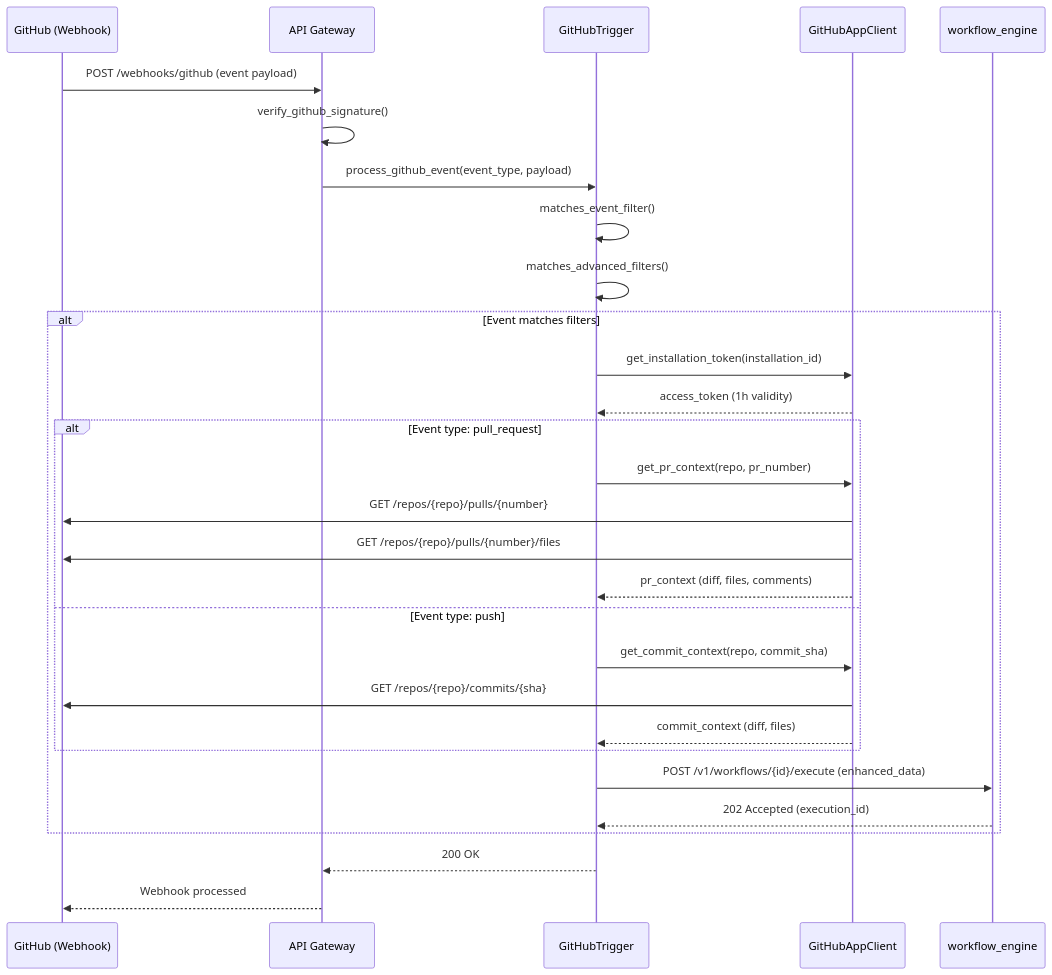
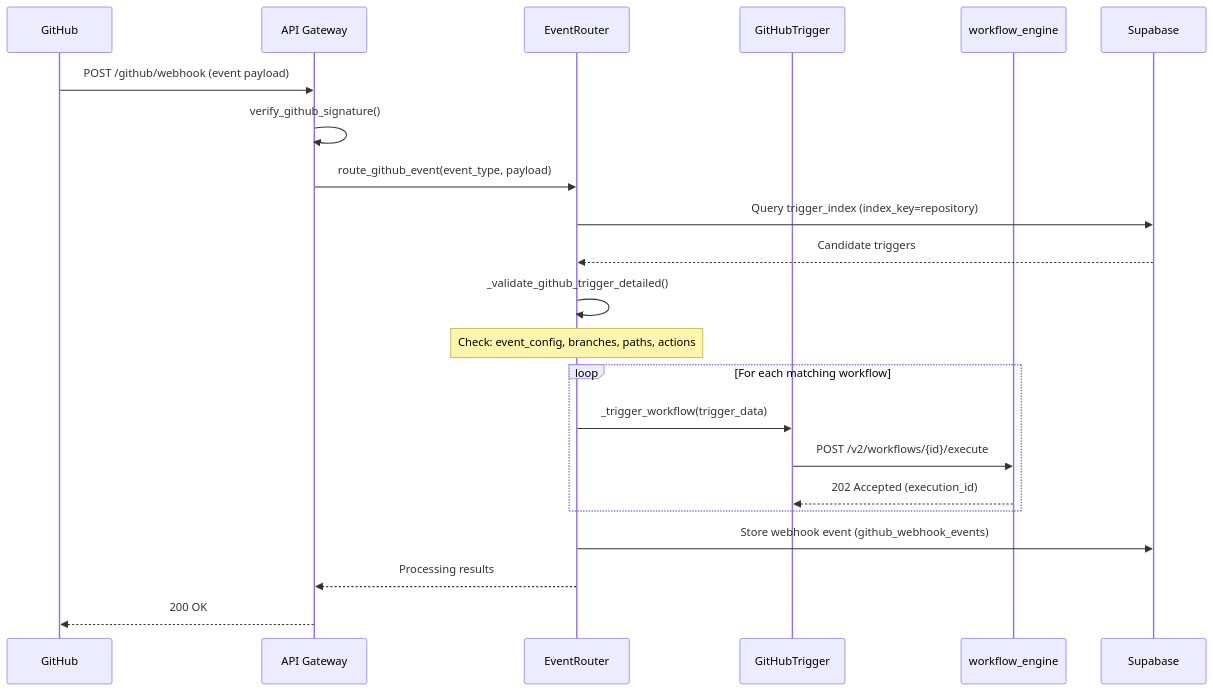
The eighth of 9 diagrams in docs/tech-design/workflow-scheduler-architecture.md (CurvatureX/agent_team_monorepo), drawn with Mermaid before and after one commit. The commit also changed other lines of this file and 22 other files, not shown here.

````diff
--- a/docs/tech-design/workflow-scheduler-architecture.md
+++ b/docs/tech-design/workflow-scheduler-architecture.md
@@ -963,37 +677,29 @@
 ```mermaid
 sequenceDiagram
-    participant GitHub as GitHub (Webhook)
+    participant GitHub
     participant Gateway as API Gateway
-    participant GitHubTrigger as GitHubTrigger
-    participant GitHubClient as GitHubAppClient
+    participant EventRouter
+    participant GitHubTrigger
     participant Engine as workflow_engine
+    participant DB as Supabase
 
-    GitHub->>Gateway: POST /webhooks/github (event payload)
+    GitHub->>Gateway: POST /github/webhook (event payload)
     Gateway->>Gateway: verify_github_signature()
-    Gateway->>GitHubTrigger: process_github_event(event_type, payload)
+    Gateway->>EventRouter: route_github_event(event_type, payload)
 
-    GitHubTrigger->>GitHubTrigger: matches_event_filter()
-    GitHubTrigger->>GitHubTrigger: matches_advanced_filters()
+    EventRouter->>DB: Query trigger_index (index_key=repository)
+    DB-->>EventRouter: Candidate triggers
 
-    alt Event matches filters
-        GitHubTrigger->>GitHubClient: get_installation_token(installation_id)
-        GitHubClient-->>GitHubTrigger: access_token (1h validity)
+    EventRouter->>EventRouter: _validate_github_trigger_detailed()
+    Note over EventRouter: Check: event_config, branches, paths, actions
 
-        alt Event type: pull_request
-            GitHubTrigger->>GitHubClient: get_pr_context(repo, pr_number)
-            GitHubClient->>GitHub: GET /repos/{repo}/pulls/{number}
-            GitHubClient->>GitHub: GET /repos/{repo}/pulls/{number}/files
-            GitHubClient-->>GitHubTrigger: pr_context (diff, files, comments)
-        else Event type: push
-            GitHubTrigger->>GitHubClient: get_commit_context(repo, commit_sha)
-            GitHubClient->>GitHub: GET /repos/{repo}/commits/{sha}
-            GitHubClient-->>GitHubTrigger: commit_context (diff, files)
-        end
-
-        GitHubTrigger->>Engine: POST /v1/workflows/{id}/execute (enhanced_data)
+    loop For each matching workflow
+        EventRouter->>GitHubTrigger: _trigger_workflow(trigger_data)
+        GitHubTrigger->>Engine: POST /v2/workflows/{id}/execute
         Engine-->>GitHubTrigger: 202 Accepted (execution_id)
     end
 
-    GitHubTrigger-->>Gateway: 200 OK
-    Gateway-->>GitHub: Webhook processed
+    EventRouter->>DB: Store webhook event (github_webhook_events)
+    EventRouter-->>Gateway: Processing results
+    Gateway-->>GitHub: 200 OK
 ```
````
